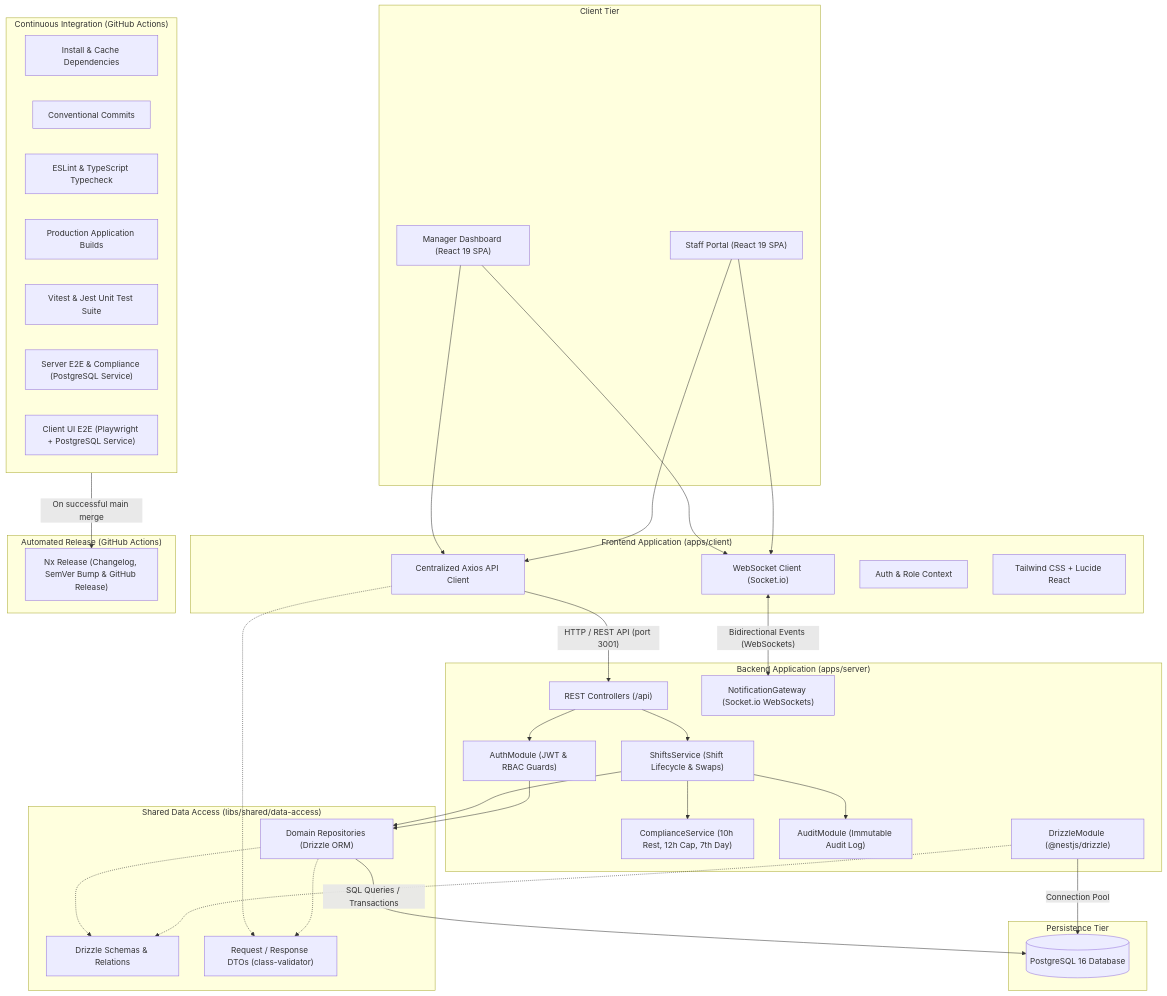
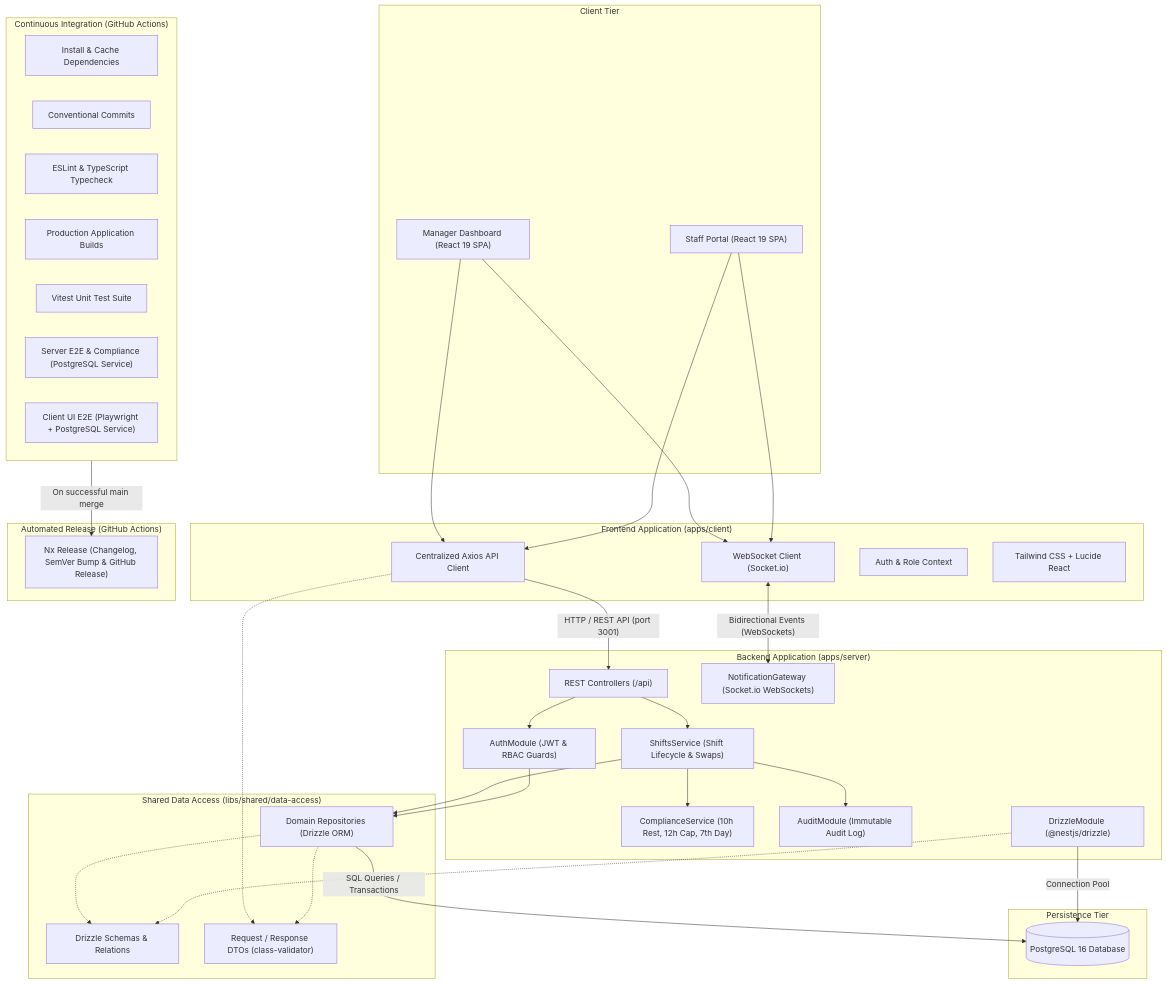
One commit to JayKay24/ShiftSync changed the diagram in README.md. Above: the diagram before and after it, drawn with Mermaid. The commit also changed other lines of this file and 24 other files, not shown here.

First line of the commit message:
refactor(testing): migrate server and data-access test suites from jest to vitest

````diff
--- a/README.md
+++ b/README.md
@@ -34,79 +34,79 @@
 ```mermaid
 flowchart TD
   subgraph Clients ["Client Tier"]
     ManagerUI["Manager Dashboard (React 19 SPA)"]
     StaffUI["Staff Portal (React 19 SPA)"]
   end
 
   subgraph FrontendApp ["Frontend Application (apps/client)"]
     AxiosClient["Centralized Axios API Client"]
     SocketClient["WebSocket Client (Socket.io)"]
     AuthContext["Auth & Role Context"]
     UIComponents["Tailwind CSS + Lucide React"]
   end
 
   subgraph SharedLib ["Shared Data Access (libs/shared/data-access)"]
     Schemas["Drizzle Schemas & Relations"]
     DTOs["Request / Response DTOs (class-validator)"]
     Repos["Domain Repositories (Drizzle ORM)"]
   end
 
   subgraph BackendApp ["Backend Application (apps/server)"]
     APIControllers["REST Controllers (/api)"]
     ComplianceSvc["ComplianceService (10h Rest, 12h Cap, 7th Day)"]
     ShiftsSvc["ShiftsService (Shift Lifecycle & Swaps)"]
     AuthSvc["AuthModule (JWT & RBAC Guards)"]
     AuditSvc["AuditModule (Immutable Audit Log)"]
     SocketGateway["NotificationGateway (Socket.io WebSockets)"]
     DrizzleModule["DrizzleModule (@nestjs/drizzle)"]
   end
 
   subgraph Persistence ["Persistence Tier"]
     PostgreSQL[("PostgreSQL 16 Database")]
   end
 
   subgraph CI ["Continuous Integration (GitHub Actions)"]
     InstallJob["Install & Cache Dependencies"]
     Commitlint["Conventional Commits"]
     LintTypecheck["ESLint & TypeScript Typecheck"]
     BuildJob["Production Application Builds"]
-    UnitTests["Vitest & Jest Unit Test Suite"]
+    UnitTests["Vitest Unit Test Suite"]
     IntegrationTests["Server E2E & Compliance (PostgreSQL Service)"]
     ClientE2ETests["Client UI E2E (Playwright + PostgreSQL Service)"]
   end
 
   subgraph ReleasePipeline ["Automated Release (GitHub Actions)"]
     ReleaseJob["Nx Release (Changelog, SemVer Bump & GitHub Release)"]
   end
 
   %% Client interactions
   ManagerUI --> AxiosClient
   StaffUI --> AxiosClient
   ManagerUI --> SocketClient
   StaffUI --> SocketClient
 
   %% Frontend -> Shared Library
   AxiosClient -.-> DTOs
 
   %% Frontend -> Backend Communication
   AxiosClient -->|"HTTP / REST API (port 3001)"| APIControllers
   SocketClient <-->|"Bidirectional Events (WebSockets)"| SocketGateway
 
   %% Backend Internal Wiring
   APIControllers --> ShiftsSvc
   APIControllers --> AuthSvc
   ShiftsSvc --> ComplianceSvc
   ShiftsSvc --> AuditSvc
   ShiftsSvc --> Repos
   AuthSvc --> Repos
   Repos -.-> Schemas
   Repos -.-> DTOs
   DrizzleModule -.-> Schemas
 
   %% Backend -> Database
   DrizzleModule -->|"Connection Pool"| PostgreSQL
   Repos -->|"SQL Queries / Transactions"| PostgreSQL
 
   %% CI to Release Workflow
   CI -->|"On successful main merge"| ReleaseJob
 ```
````
